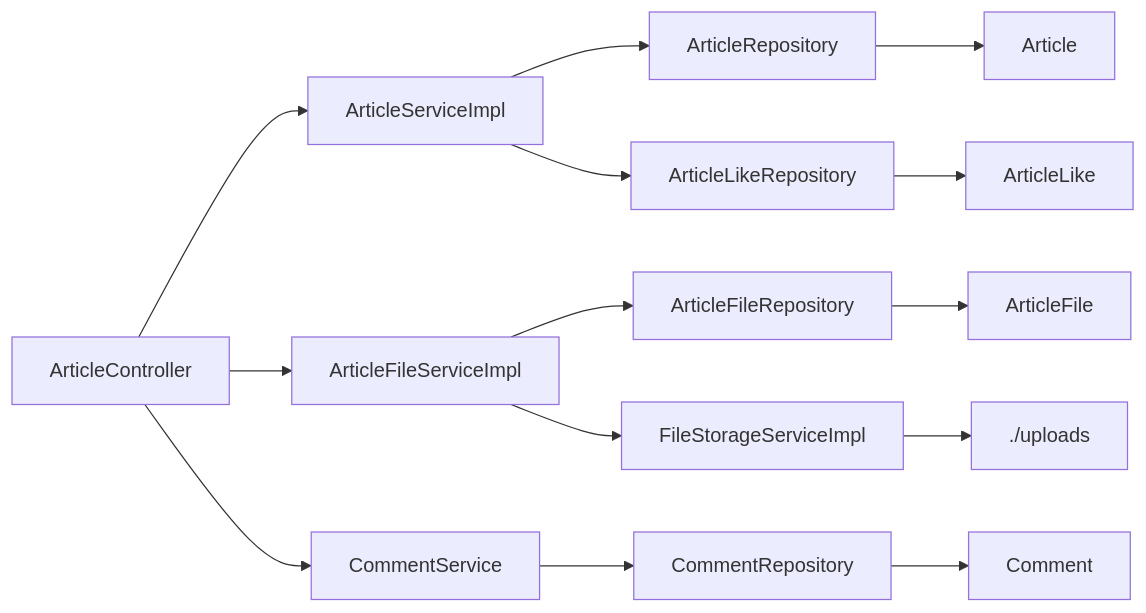
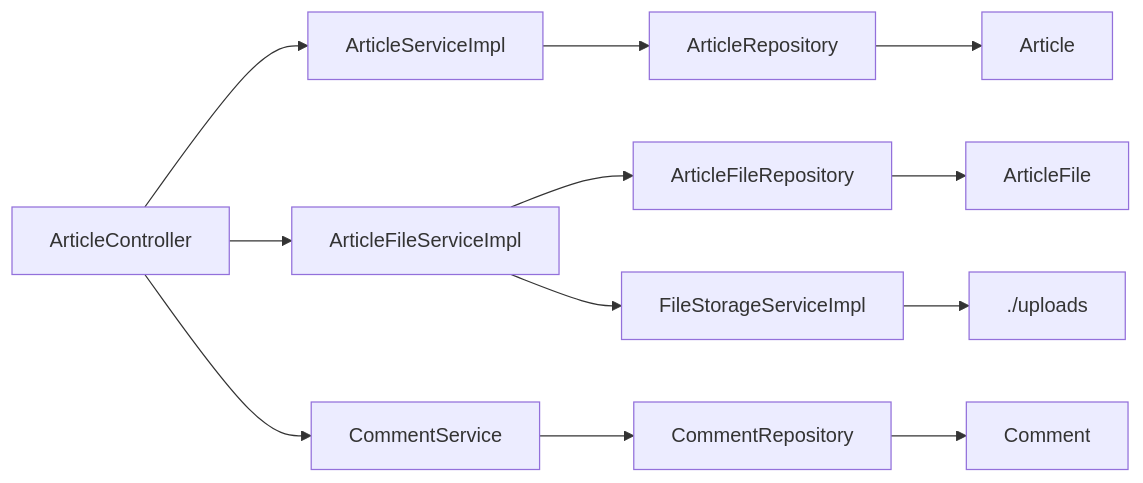
The second of 13 diagrams in docs/PROJECT_STRUCTURE.md (TriplesWeb/triplesweb), drawn with Mermaid before and after one commit. The commit also changed other lines of this file and 36 other files, not shown here.

````diff
--- a/docs/PROJECT_STRUCTURE.md
+++ b/docs/PROJECT_STRUCTURE.md
@@ -208,16 +206,14 @@
 ```mermaid
 flowchart LR
   AC[ArticleController] --> AS[ArticleServiceImpl]
   AC --> AFS[ArticleFileServiceImpl]
   AC --> CS[CommentService]
   AS --> AR[ArticleRepository]
-  AS --> ALR[ArticleLikeRepository]
   AFS --> AFR[ArticleFileRepository]
   AFS --> FS[FileStorageServiceImpl]
   CS --> CR[CommentRepository]
   AR --> Article
-  ALR --> ArticleLike
   AFR --> ArticleFile
   CR --> Comment
   FS --> Uploads["./uploads"]
 ```
````
